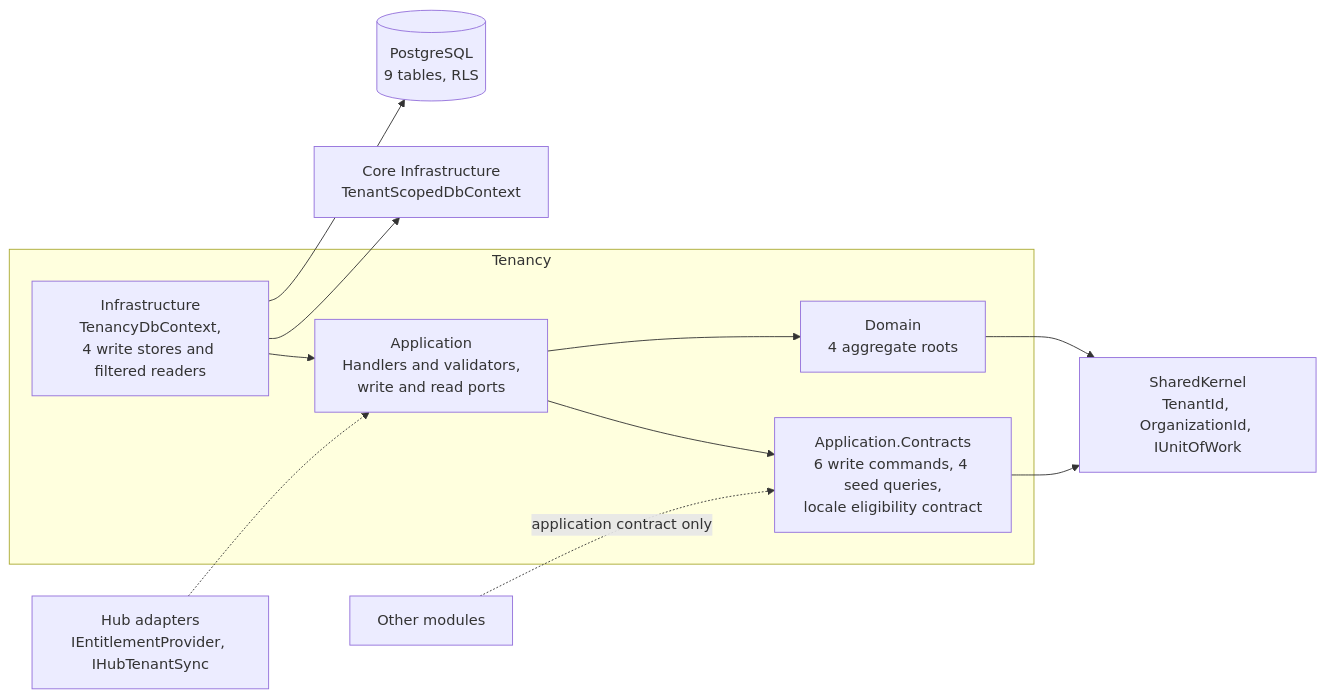
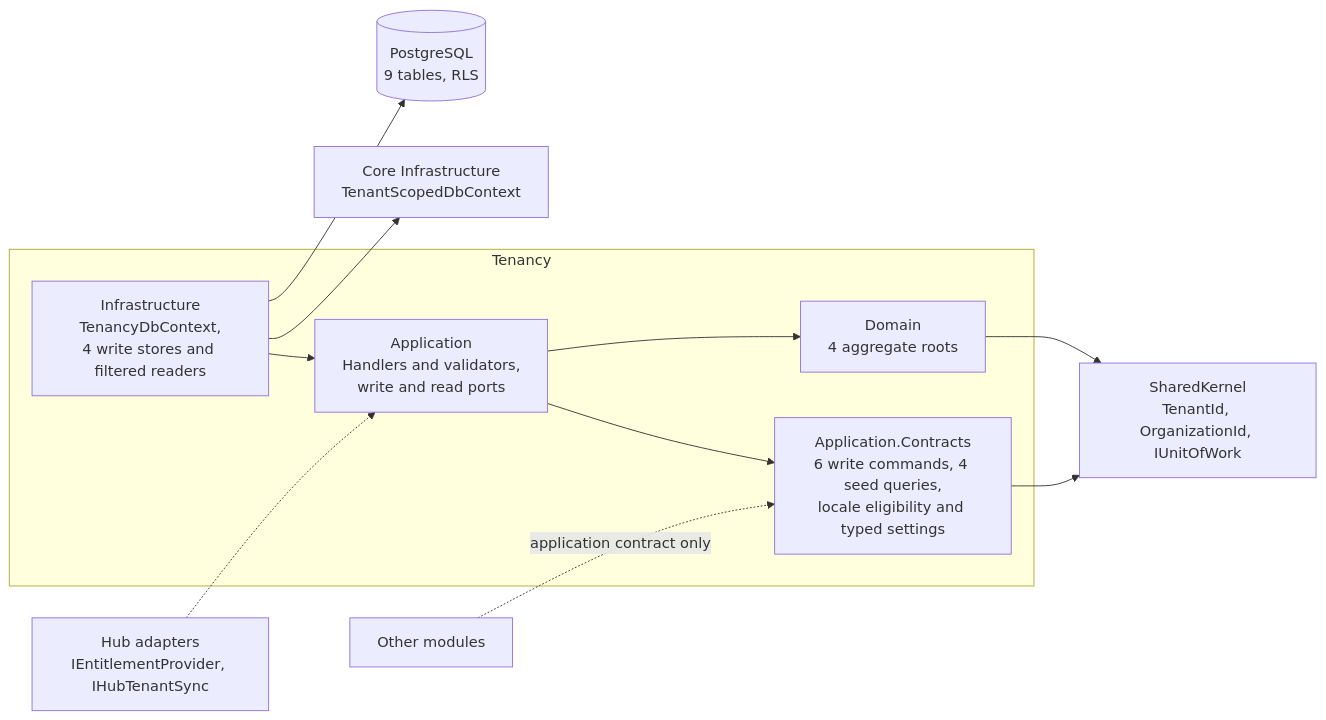
Before and after one commit to HodeTech/LearnStack: the sixth of 6 diagrams in docs/modules/tenancy/README.md, drawn with Mermaid. The commit also changed other lines of this file and 21 other files, not shown here.

First line of the commit message:
feat(tenancy): add typed settings and locale-carrying fallback

````diff
--- a/docs/modules/tenancy/README.md
+++ b/docs/modules/tenancy/README.md
@@ -401,24 +401,24 @@
 ```mermaid
 flowchart LR
     subgraph Tenancy
         DOM[Domain<br/>4 aggregate roots]
-        CON[Application.Contracts<br/>6 write commands, 4 seed queries,<br/>locale eligibility contract]
+        CON[Application.Contracts<br/>6 write commands, 4 seed queries,<br/>locale eligibility and typed settings]
         APP[Application<br/>Handlers and validators,<br/>write and read ports]
         INF[Infrastructure<br/>TenancyDbContext,<br/>4 write stores and filtered readers]
     end
     SK[SharedKernel<br/>TenantId, OrganizationId, IUnitOfWork]
     CORE[Core Infrastructure<br/>TenantScopedDbContext]
     PG[(PostgreSQL<br/>9 tables, RLS)]
     HUB[Hub adapters<br/>IEntitlementProvider, IHubTenantSync]
     OTHER[Other modules]
 
     DOM --> SK
     CON --> SK
     APP --> CON
     APP --> DOM
     INF --> APP
     INF --> CORE
     INF --> PG
     HUB -.-> APP
     OTHER -.->|application contract only| CON
 ```
````
